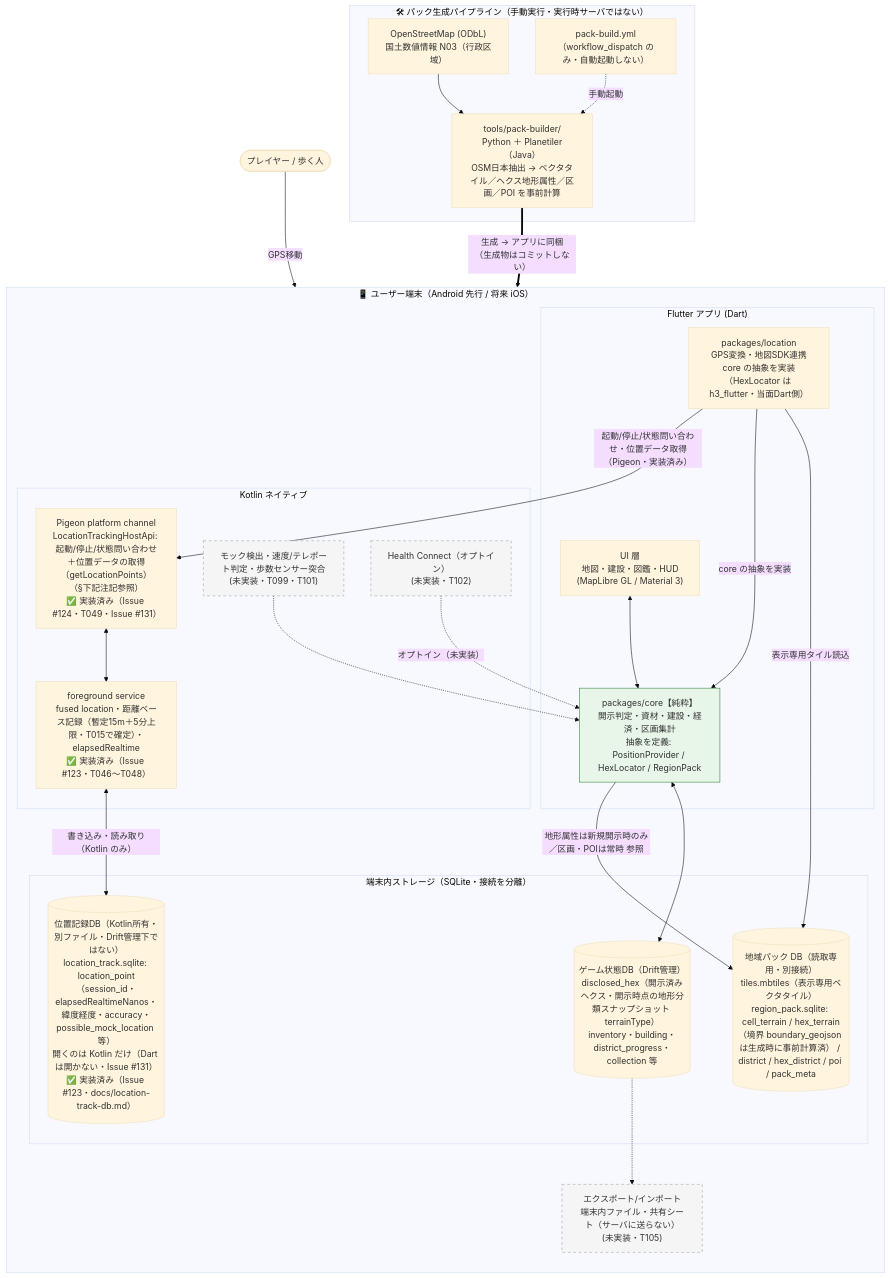
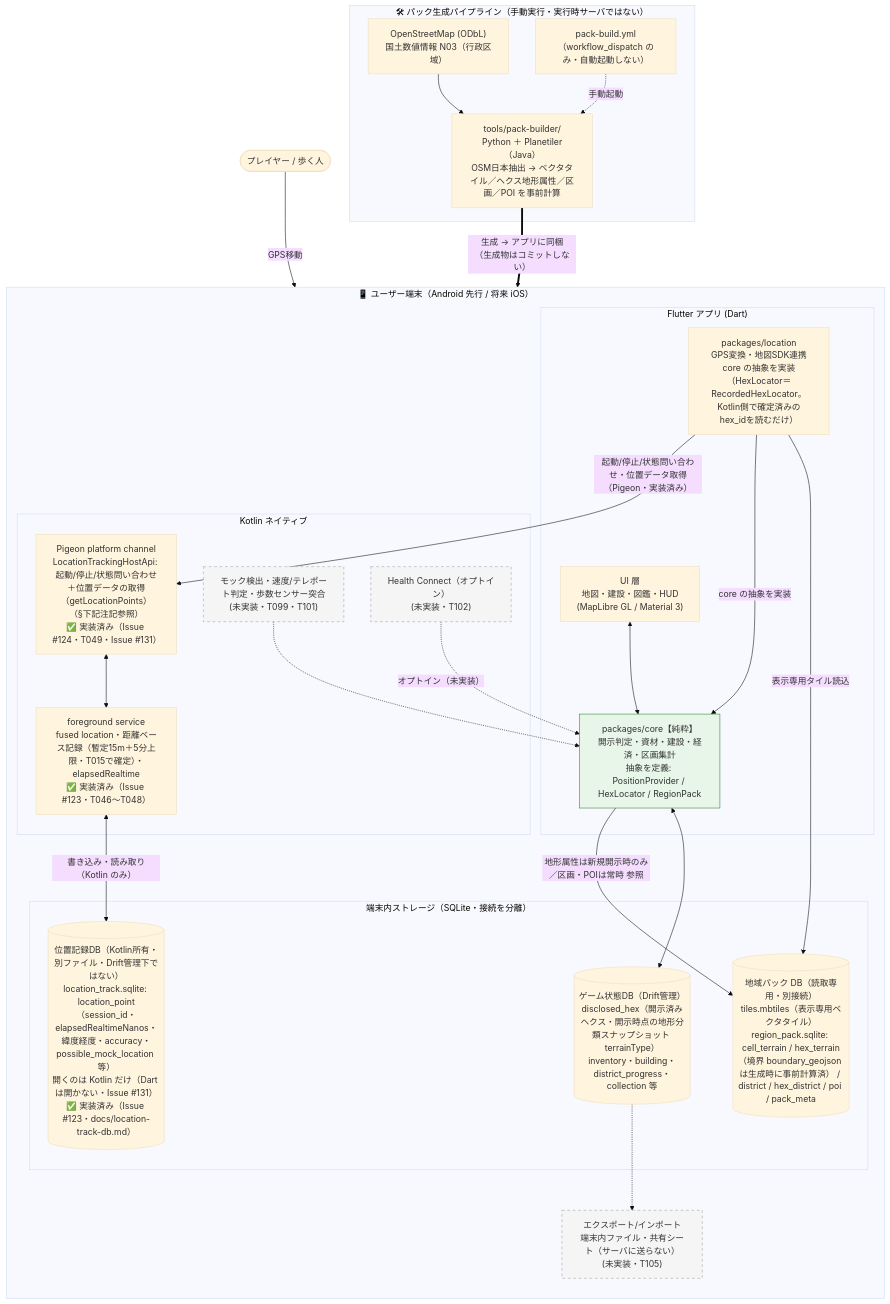
The first of 3 diagrams in docs/architecture.md (rokusoudo-product/terra-town), drawn with Mermaid (base theme) before and after one commit. The commit also changed other lines of this file and 30 other files, not shown here.

````diff
--- a/docs/architecture.md
+++ b/docs/architecture.md
@@ -11,53 +11,53 @@
 ```mermaid
 flowchart TB
     user([プレイヤー / 歩く人])
 
     subgraph device["📱 ユーザー端末（Android 先行 / 将来 iOS）"]
         direction TB
         subgraph flutter["Flutter アプリ (Dart)"]
             ui["UI 層<br/>地図・建設・図鑑・HUD<br/>(MapLibre GL / Material 3)"]
             core["packages/core【純粋】<br/>開示判定・資材・建設・経済・区画集計<br/>抽象を定義: PositionProvider / HexLocator / RegionPack"]
-            loc["packages/location<br/>GPS変換・地図SDK連携<br/>core の抽象を実装（HexLocator は h3_flutter・当面Dart側）"]
+            loc["packages/location<br/>GPS変換・地図SDK連携<br/>core の抽象を実装（HexLocator＝RecordedHexLocator。Kotlin側で確定済みのhex_idを読むだけ）"]
         end
         subgraph native["Kotlin ネイティブ"]
             fg["foreground service<br/>fused location・距離ベース記録（暫定15m＋5分上限・T015で確定）・elapsedRealtime<br/>✅ 実装済み（Issue #123・T046〜T048）"]
             pigeon["Pigeon platform channel<br/>LocationTrackingHostApi: 起動/停止/状態問い合わせ＋位置データの取得（getLocationPoints）<br/>（§下記注記参照）<br/>✅ 実装済み（Issue #124・T049・Issue #131）"]
             anti["モック検出・速度/テレポート判定・歩数センサー突合<br/>(未実装・T099・T101)"]
             health["Health Connect（オプトイン）<br/>(未実装・T102)"]
         end
         subgraph store["端末内ストレージ（SQLite・接続を分離）"]
             gamedb[("ゲーム状態DB（Drift管理）<br/>disclosed_hex（開示済みヘクス・開示時点の地形分類スナップショット terrainType）<br/>inventory・building・district_progress・collection 等")]
             trackdb[("位置記録DB（Kotlin所有・別ファイル・Drift管理下ではない）<br/>location_track.sqlite: location_point（session_id・elapsedRealtimeNanos・緯度経度・accuracy・possible_mock_location 等）<br/>開くのは Kotlin だけ（Dart は開かない・Issue #131）<br/>✅ 実装済み（Issue #123・docs/location-track-db.md）")]
             pack[("地域パック DB（読取専用・別接続）<br/>tiles.mbtiles（表示専用ベクタタイル）<br/>region_pack.sqlite: cell_terrain / hex_terrain（境界 boundary_geojson は生成時に事前計算済） / district / hex_district / poi / pack_meta")]
         end
         exp["エクスポート/インポート<br/>端末内ファイル・共有シート（サーバに送らない）<br/>(未実装・T105)"]
     end
 
     user -->|GPS移動| fg
     fg <-->|書き込み・読み取り（Kotlin のみ）| trackdb
     loc -->|起動/停止/状態問い合わせ・位置データ取得（Pigeon・実装済み）| pigeon
     pigeon <--> fg
     anti -.-> core
     health -.オプトイン（未実装）.-> core
     loc -->|core の抽象を実装| core
     ui <--> core
     loc -->|表示専用タイル読込| pack
     core -->|地形属性は新規開示時のみ／区画・POIは常時 参照| pack
     core <--> gamedb
     gamedb -.-> exp
 
     subgraph packbuild["🛠 パック生成パイプライン（手動実行・実行時サーバではない）"]
         planetiler["tools/pack-builder/<br/>Python ＋ Planetiler（Java）<br/>OSM日本抽出 → ベクタタイル／ヘクス地形属性／区画／POI を事前計算"]
         osm["OpenStreetMap (ODbL)<br/>国土数値情報 N03（行政区域）"]
         ghaction["pack-build.yml<br/>（workflow_dispatch のみ・自動起動しない）"]
     end
 
     osm --> planetiler
     ghaction -.手動起動.-> planetiler
     planetiler ==>|生成 → アプリに同梱<br/>（生成物はコミットしない）| pack
 
     classDef pure fill:#e8f5e9,stroke:#2e7d32;
     classDef planned stroke-dasharray: 5 5,fill:#f5f5f5,stroke:#9e9e9e;
     class core pure
     class anti,health,exp planned
 ```
````
